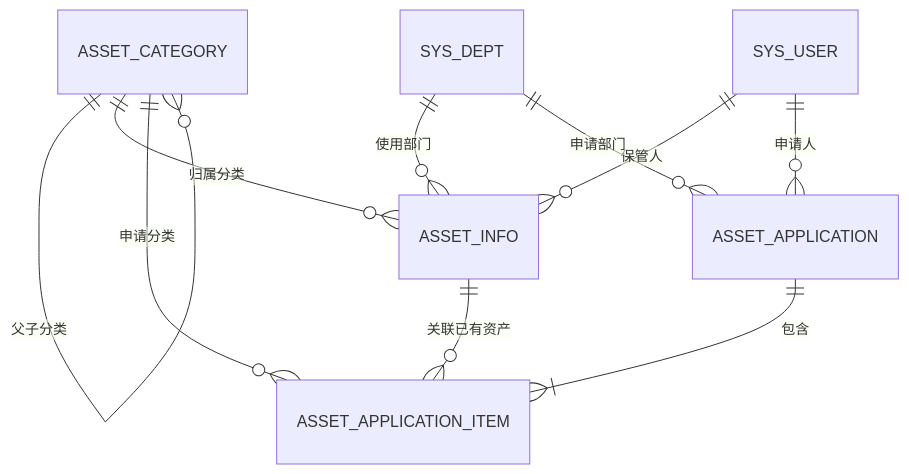
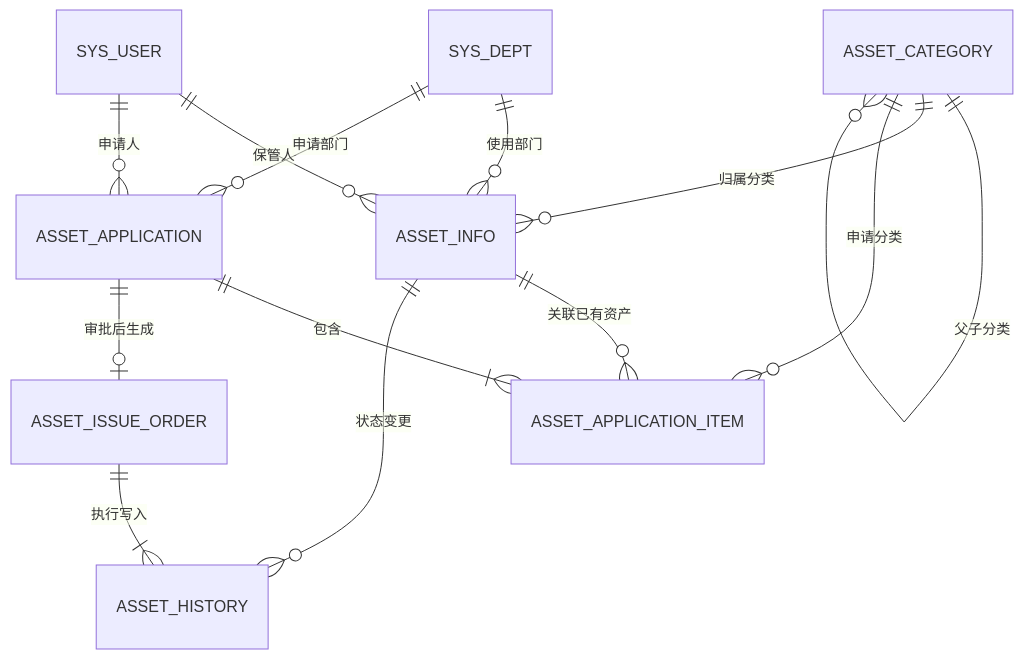
The diagram in backend/docs/04-database-design.md (S7c7/enterprise-asset-lifecycle-platform), drawn with Mermaid before and after one commit. The commit also changed other lines of this file and 39 other files, not shown here.

Commit message:
feat: complete asset issue execution and lifecycle history

````diff
--- a/backend/docs/04-database-design.md
+++ b/backend/docs/04-database-design.md
@@ -5,12 +5,15 @@
 ```mermaid
 erDiagram
     ASSET_CATEGORY ||--o{ ASSET_CATEGORY : "父子分类"
     ASSET_CATEGORY ||--o{ ASSET_INFO : "归属分类"
     SYS_DEPT ||--o{ ASSET_INFO : "使用部门"
     SYS_USER ||--o{ ASSET_INFO : "保管人"
     ASSET_APPLICATION ||--|{ ASSET_APPLICATION_ITEM : "包含"
     ASSET_CATEGORY ||--o{ ASSET_APPLICATION_ITEM : "申请分类"
     ASSET_INFO ||--o{ ASSET_APPLICATION_ITEM : "关联已有资产"
     SYS_USER ||--o{ ASSET_APPLICATION : "申请人"
     SYS_DEPT ||--o{ ASSET_APPLICATION : "申请部门"
+    ASSET_APPLICATION ||--o| ASSET_ISSUE_ORDER : "审批后生成"
+    ASSET_ISSUE_ORDER ||--|{ ASSET_HISTORY : "执行写入"
+    ASSET_INFO ||--o{ ASSET_HISTORY : "状态变更"
 ```
````
